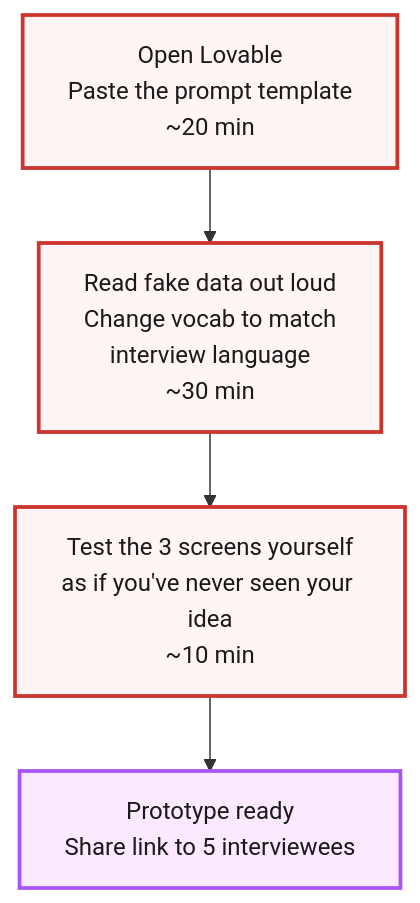
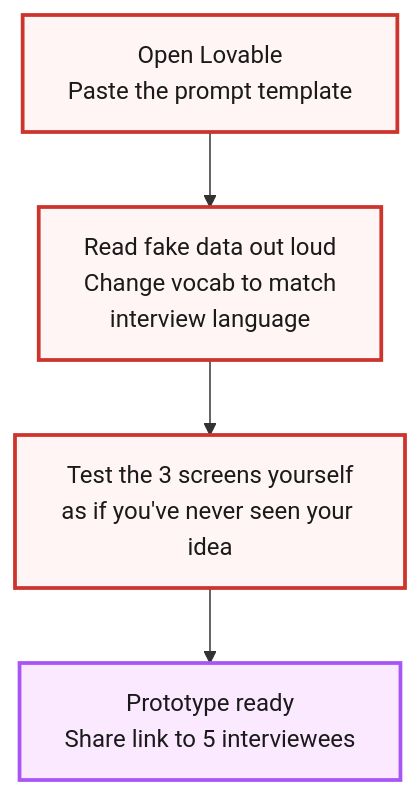
One commit to jetthoughts/jetthoughts.github.io changed the second of 2 diagrams in content/course/tech-for-non-technical-founders-2026/clickable-prototype-validation-2-hour-lovable/index.md. Above: the diagram before and after it, drawn with Mermaid. The commit also changed other lines of this file and 25 other files, not shown here.

Commit message:
content(course): AI deep-research — logic-flow, critic sweeps, execution-readiness

````diff
--- a/content/course/tech-for-non-technical-founders-2026/clickable-prototype-validation-2-hour-lovable/index.md
+++ b/content/course/tech-for-non-technical-founders-2026/clickable-prototype-validation-2-hour-lovable/index.md
@@ -172,13 +176,13 @@
 ```mermaid
 %%{init: {'theme':'base', 'themeVariables': {'fontFamily':'Caveat, Patrick Hand, cursive', 'primaryColor':'#fff5f5', 'primaryBorderColor':'#cc342d', 'lineColor':'#333', 'primaryTextColor':'#1a1a1a'}}}%%
 flowchart TD
-    P["Open Lovable<br/>Paste the prompt template<br/>~20 min"]
-    P --> R["Read fake data out loud<br/>Change vocab to match<br/>interview language<br/>~30 min"]
-    R --> T["Test the 3 screens yourself<br/>as if you've never seen your idea<br/>~10 min"]
+    P["Open Lovable<br/>Paste the prompt template"]
+    P --> R["Read fake data out loud<br/>Change vocab to match<br/>interview language"]
+    R --> T["Test the 3 screens yourself<br/>as if you've never seen your idea"]
     T --> Done["Prototype ready<br/>Share link to 5 interviewees"]
 
     classDef red fill:#fff5f5,stroke:#cc342d,stroke-width:2.5px,color:#1a1a1a
     classDef purple fill:#fbe9ff,stroke:#a855f7,stroke-width:2.5px,color:#1a1a1a
     class P,R,T red
     class Done purple
 ```
````
